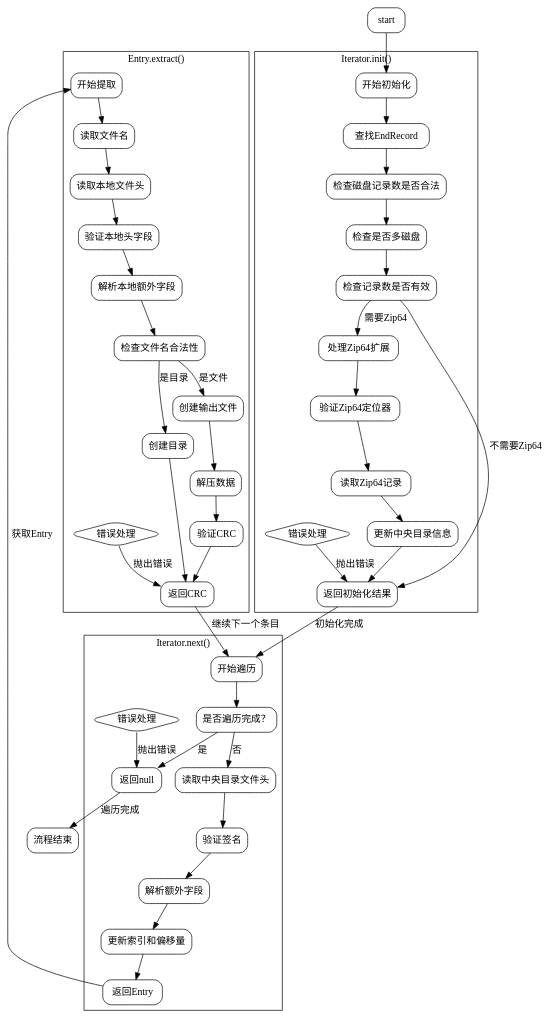
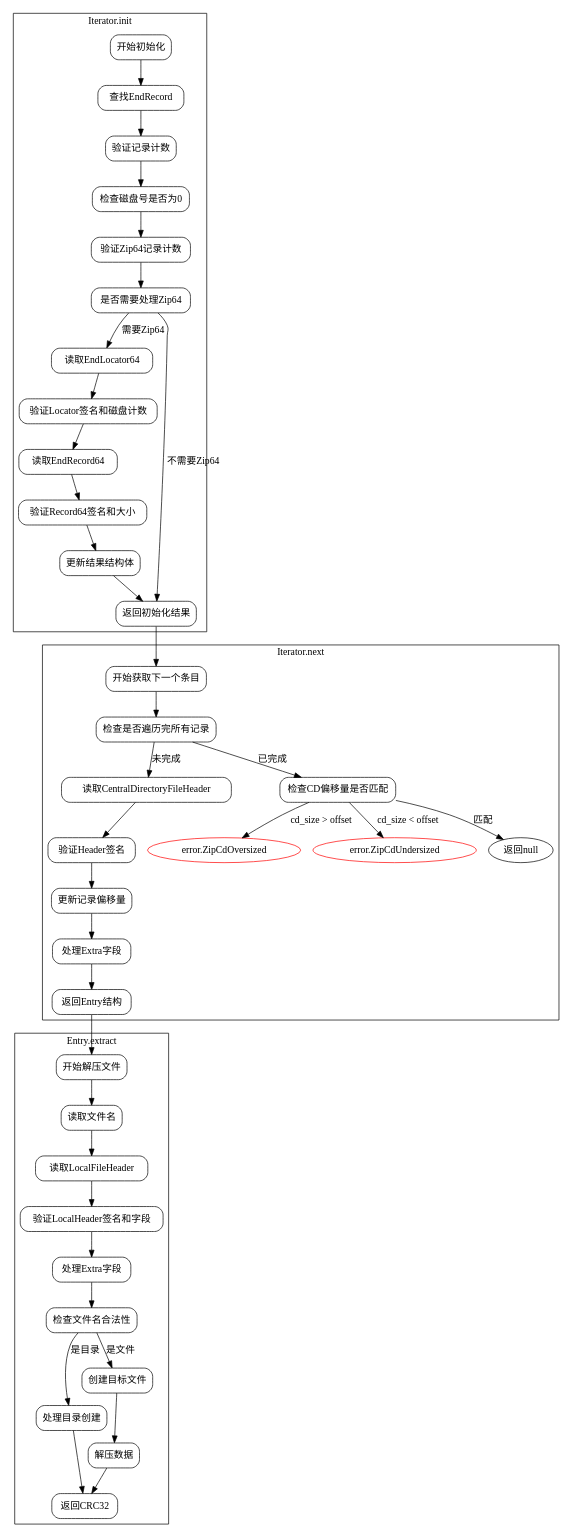
One commit to sdzx-1/deepseek-zig-reader changed the diagram in dot_std/zip.zig.Iterator.md. Above: the diagram before and after it, drawn with Graphviz. The commit also changed other lines of this file and 236 other files, not shown here.

````diff
--- a/dot_std/zip.zig.Iterator.md
+++ b/dot_std/zip.zig.Iterator.md
@@ -22,95 +21,94 @@
 ```graphviz
-digraph zip_iterator_flowchart {
-    rankdir=TB;
+digraph zip_iterator {
     node [shape=rectangle, style=rounded];
 
-    // 初始化流程
+    // Init 函数流程
     subgraph cluster_init {
-        label="Iterator.init()";
-        start_init [label="开始初始化"];
-        find_end_record [label="查找EndRecord"];
-        check_disk_counts [label="检查磁盘记录数是否合法"];
-        check_disk_number [label="检查是否多磁盘"];
-        check_counts_valid [label="检查记录数是否有效"];
-        handle_zip64 [label="处理Zip64扩展"];
-        validate_zip64_locator [label="验证Zip64定位器"];
-        read_zip64_record [label="读取Zip64记录"];
-        update_cd_info [label="更新中央目录信息"];
-        error_handling_init [label="错误处理", shape=diamond];
-        end_init [label="返回初始化结果"];
+        label="Iterator.init";
+        init_start [label="开始初始化"];
+        init_find_end [label="查找EndRecord"];
+        init_validate_counts [label="验证记录计数"];
+        init_check_disk_numbers [label="检查磁盘号是否为0"];
+        init_validate_counts_zip64 [label="验证Zip64记录计数"];
+        init_check_zip64_need [label="是否需要处理Zip64"];
+        init_read_locator [label="读取EndLocator64"];
+        init_validate_locator [label="验证Locator签名和磁盘计数"];
+        init_read_record64 [label="读取EndRecord64"];
+        init_validate_record64 [label="验证Record64签名和大小"];
+        init_update_result [label="更新结果结构体"];
+        init_return [label="返回初始化结果"];
 
-        start_init -> find_end_record;
-        find_end_record -> check_disk_counts;
-        check_disk_counts -> check_disk_number;
-        check_disk_number -> check_counts_valid;
-        check_counts_valid -> handle_zip64 [label="需要Zip64"];
-        handle_zip64 -> validate_zip64_locator;
-        validate_zip64_locator -> read_zip64_record;
-        read_zip64_record -> update_cd_info;
-        update_cd_info -> end_init;
-        check_counts_valid -> end_init [label="不需要Zip64"];
-        error_handling_init -> end_init [label="抛出错误"];
+        init_start -> init_find_end;
+        init_find_end -> init_validate_counts;
+        init_validate_counts -> init_check_disk_numbers;
+        init_check_disk_numbers -> init_validate_counts_zip64;
+        init_validate_counts_zip64 -> init_check_zip64_need;
+        init_check_zip64_need -> init_return [label="不需要Zip64"];
+        init_check_zip64_need -> init_read_locator [label="需要Zip64"];
+        init_read_locator -> init_validate_locator;
+        init_validate_locator -> init_read_record64;
+        init_read_record64 -> init_validate_record64;
+        init_validate_record64 -> init_update_result;
+        init_update_result -> init_return;
     }
 
-    // 遍历流程
+    // Next 函数流程
     subgraph cluster_next {
-        label="Iterator.next()";
-        start_next [label="开始遍历"];
-        check_record_count [label="是否遍历完成？"];
-        read_cd_header [label="读取中央目录文件头"];
-        parse_extra_fields [label="解析额外字段"];
-        validate_signature [label="验证签名"];
-        update_index_offset [label="更新索引和偏移量"];
-        error_handling_next [label="错误处理", shape=diamond];
-        return_entry [label="返回Entry"];
-        end_next [label="返回null"];
+        label="Iterator.next";
+        next_start [label="开始获取下一个条目"];
+        next_check_index [label="检查是否遍历完所有记录"];
+        next_read_header [label="读取CentralDirectoryFileHeader"];
+        next_validate_header [label="验证Header签名"];
+        next_update_offset [label="更新记录偏移量"];
+        next_handle_extra [label="处理Extra字段"];
+        next_return_entry [label="返回Entry结构"];
 
-        start_next -> check_record_count;
-        check_record_count -> end_next [label="是"];
-        check_record_count -> read_cd_header [label="否"];
-        read_cd_header -> validate_signature;
-        validate_signature -> parse_extra_fields;
-        parse_extra_fields -> update_index_offset;
-        update_index_offset -> return_entry;
-        error_handling_next -> end_next [label="抛出错误"];
+        next_start -> next_check_index;
+        next_check_index -> next_read_header [label="未完成"];
+        next_check_index -> next_check_cd_size [label="已完成"];
+        next_check_cd_size [label="检查CD偏移量是否匹配"];
+        next_check_cd_size -> error_oversized [label="cd_size > offset"];
+        next_check_cd_size -> error_undersized [label="cd_size < offset"];
+        next_check_cd_size -> return_null [label="匹配"];
+        next_read_header -> next_validate_header;
+        next_validate_header -> next_update_offset;
+        next_update_offset -> next_handle_extra;
+        next_handle_extra -> next_return_entry;
     }
 
-    // 提取流程
+    // Extract 函数流程
     subgraph cluster_extract {
-        label="Entry.extract()";
-        start_extract [label="开始提取"];
-        read_filename [label="读取文件名"];
-        read_local_header [label="读取本地文件头"];
-        validate_local_header [label="验证本地头字段"];
-        parse_local_extra [label="解析本地额外字段"];
-        check_filename [label="检查文件名合法性"];
-        handle_directory [label="创建目录"];
-        create_output_file [label="创建输出文件"];
-        decompress_data [label="解压数据"];
-        verify_crc [label="验证CRC"];
-        error_handling_extract [label="错误处理", shape=diamond];
-        end_extract [label="返回CRC"];
+        label="Entry.extract";
+        extract_start [label="开始解压文件"];
+        extract_read_filename [label="读取文件名"];
+        extract_read_local_header [label="读取LocalFileHeader"];
+        extract_validate_local [label="验证LocalHeader签名和字段"];
+        extract_handle_extra [label="处理Extra字段"];
+        extract_check_filename [label="检查文件名合法性"];
+        extract_handle_directory [label="处理目录创建"];
+        extract_create_file [label="创建目标文件"];
+        extract_decompress [label="解压数据"];
+        extract_return_crc [label="返回CRC32"];
 
-        start_extract -> read_filename;
-        read_filename -> read_local_header;
-        read_local_header -> validate_local_header;
-        validate_local_header -> parse_local_extra;
-        parse_local_extra -> check_filename;
-        check_filename -> handle_directory [label="是目录"];
-        handle_directory -> end_extract;
-        check_filename -> create_output_file [label="是文件"];
-        create_output_file -> decompress_data;
-        decompress_data -> verify_crc;
-        verify_crc -> end_extract;
-        error_handling_extract -> end_extract [label="抛出错误"];
+        extract_start -> extract_read_filename;
+        extract_read_filename -> extract_read_local_header;
+        extract_read_local_header -> extract_validate_local;
+        extract_validate_local -> extract_handle_extra;
+        extract_handle_extra -> extract_check_filename;
+        extract_check_filename -> extract_handle_directory [label="是目录"];
+        extract_check_filename -> extract_create_file [label="是文件"];
+        extract_handle_directory -> extract_return_crc;
+        extract_create_file -> extract_decompress;
+        extract_decompress -> extract_return_crc;
     }
 
-    // 主流程连接
-    start -> start_init;
-    end_init -> start_next [label="初始化完成"];
-    return_entry -> start_extract [label="获取Entry"];
-    end_next -> end [label="遍历完成"];
-    end_extract -> start_next [label="继续下一个条目"];
-    end [label="流程结束"];
+    // 错误节点
+    error_oversized [label="error.ZipCdOversized", shape=oval, color=red];
+    error_undersized [label="error.ZipCdUndersized", shape=oval, color=red];
+    return_null [label="返回null", shape=oval];
+
+    // 连接主流程
+    init_return -> next_start [ltail=cluster_init, lhead=cluster_next];
+    next_return_entry -> extract_start [ltail=cluster_next, lhead=cluster_extract];
 }
-```
+``` 
````
